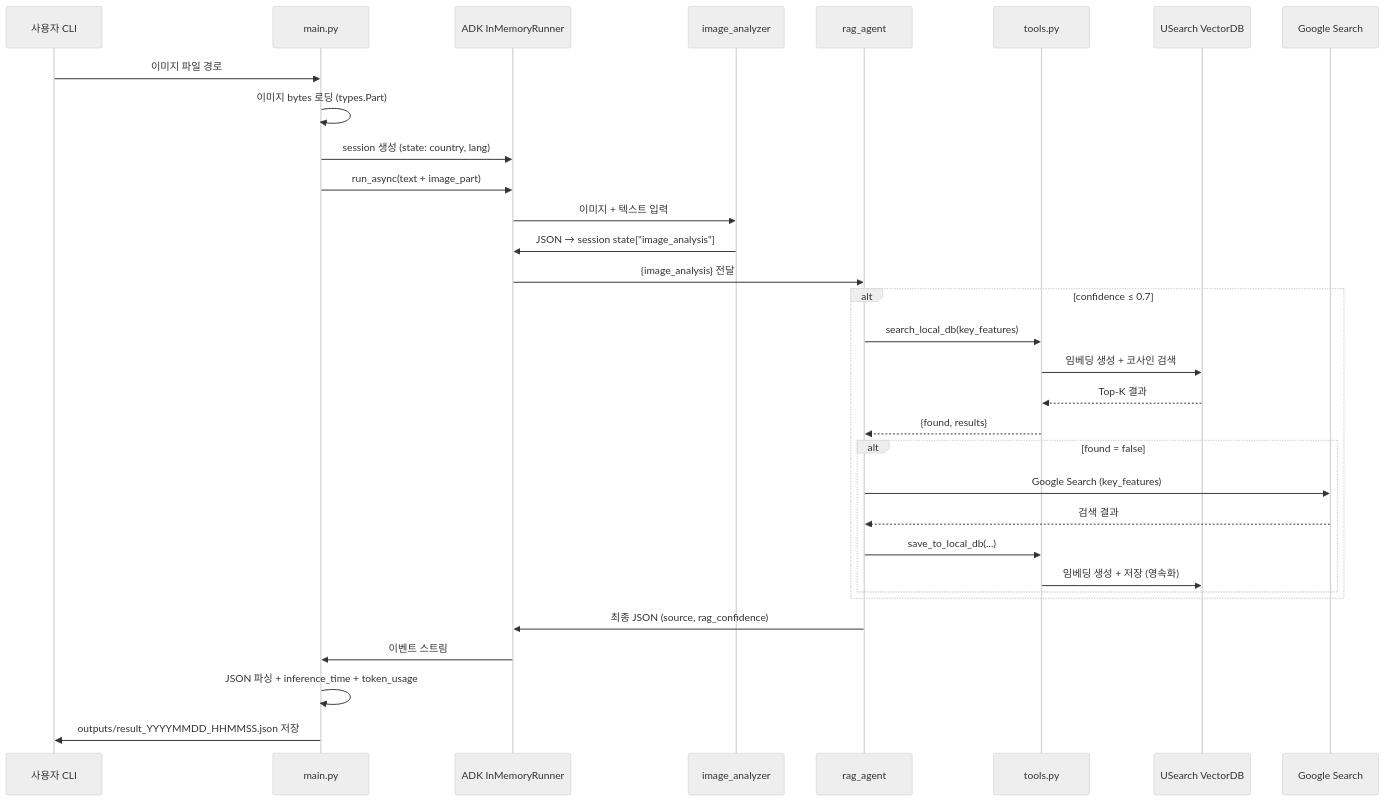
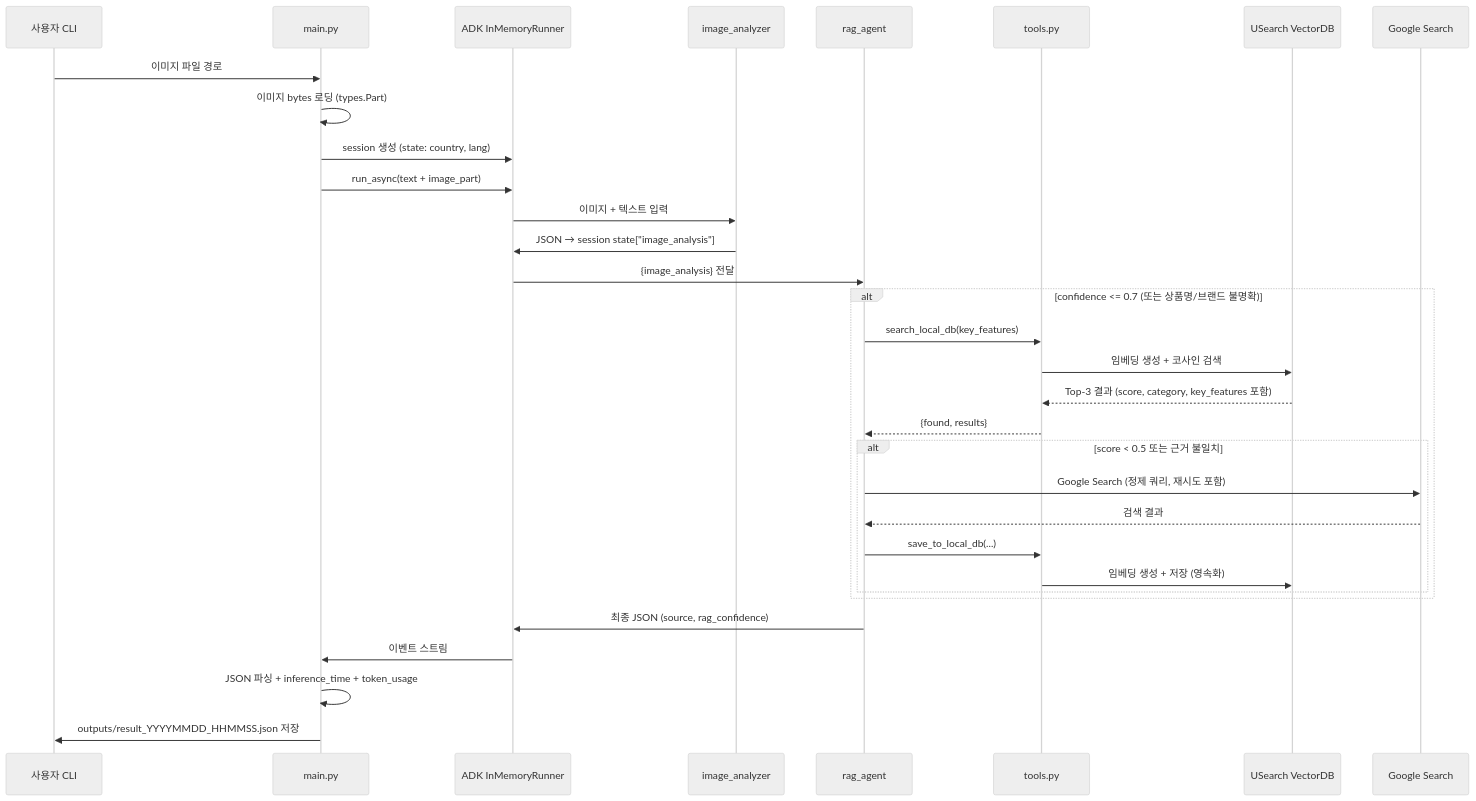
Before and after one commit to ilwoo-park/whatis: the fourth of 5 diagrams in ARCHITECTURE.md, drawn with Mermaid (neutral theme). The commit also changed other lines of this file and 2 other files, not shown here.

````diff
--- a/ARCHITECTURE.md
+++ b/ARCHITECTURE.md
@@ -227,38 +243,38 @@
 ```mermaid
 sequenceDiagram
     participant User as 사용자 CLI
     participant Main as main.py
     participant ADK as ADK InMemoryRunner
     participant IA as image_analyzer
     participant RA as rag_agent
     participant Tools as tools.py
     participant VDB as USearch VectorDB
     participant GS as Google Search
 
     User->>Main: 이미지 파일 경로
     Main->>Main: 이미지 bytes 로딩 (types.Part)
     Main->>ADK: session 생성 (state: country, lang)
     Main->>ADK: run_async(text + image_part)
     ADK->>IA: 이미지 + 텍스트 입력
     IA->>ADK: JSON → session state["image_analysis"]
     ADK->>RA: {image_analysis} 전달
 
-    alt confidence ≤ 0.7
+    alt confidence <= 0.7 (또는 상품명/브랜드 불명확)
         RA->>Tools: search_local_db(key_features)
         Tools->>VDB: 임베딩 생성 + 코사인 검색
-        VDB-->>Tools: Top-K 결과
+        VDB-->>Tools: Top-3 결과 (score, category, key_features 포함)
         Tools-->>RA: {found, results}
 
-        alt found = false
-            RA->>GS: Google Search (key_features)
+        alt score < 0.5 또는 근거 불일치
+            RA->>GS: Google Search (정제 쿼리, 재시도 포함)
             GS-->>RA: 검색 결과
             RA->>Tools: save_to_local_db(...)
             Tools->>VDB: 임베딩 생성 + 저장 (영속화)
         end
     end
 
     RA->>ADK: 최종 JSON (source, rag_confidence)
     ADK->>Main: 이벤트 스트림
     Main->>Main: JSON 파싱 + inference_time + token_usage
     Main->>User: outputs/result_YYYYMMDD_HHMMSS.json 저장
 ```
````
